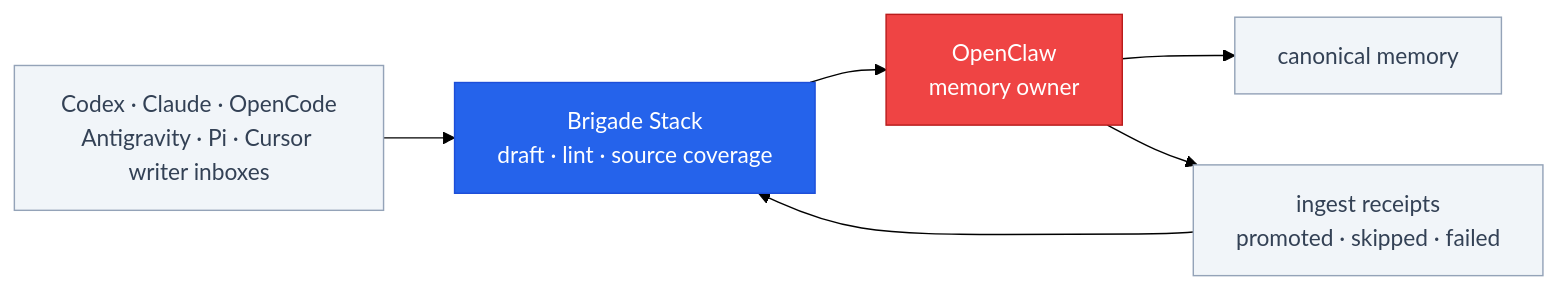
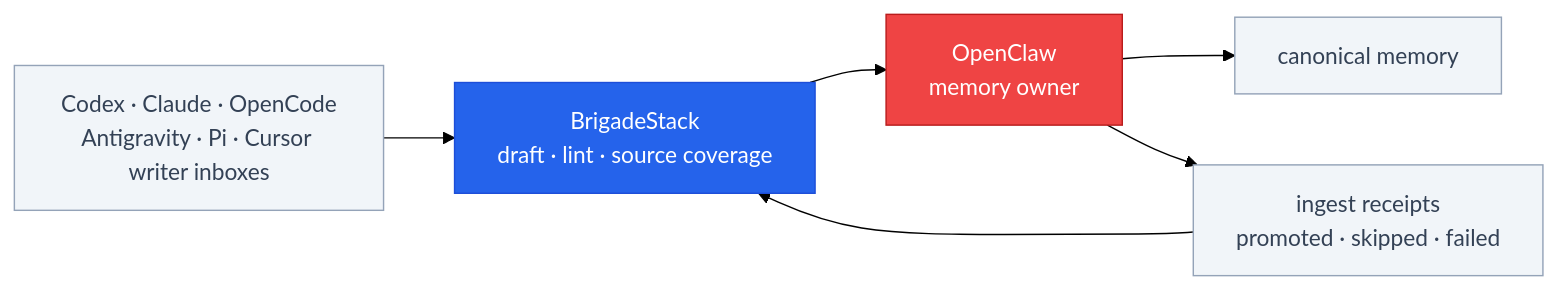
The tenth of 12 diagrams in docs/overview.md (escoffier-labs/brigade), drawn with Mermaid (forest theme) before and after one commit. The commit also changed other lines of this file and 42 other files, not shown here.

First line of the commit message:
docs: use BrigadeStack and refresh repository links

````diff
--- a/docs/overview.md
+++ b/docs/overview.md
@@ -586,18 +586,18 @@
 ```mermaid
 flowchart LR
     WRITERS["Codex · Claude · OpenCode<br/>Antigravity · Pi · Cursor writer inboxes"]
-    BRIGADE["Brigade Stack<br/>draft · lint · source coverage"]
+    BRIGADE["BrigadeStack<br/>draft · lint · source coverage"]
     OPENCLAW["OpenClaw<br/>memory owner"]
     MEMORY["canonical memory"]
     RECEIPTS["ingest receipts<br/>promoted · skipped · failed"]
 
     WRITERS --> BRIGADE --> OPENCLAW --> MEMORY
     OPENCLAW --> RECEIPTS --> BRIGADE
 
     classDef brigade fill:#2563eb,stroke:#1d4ed8,color:#fff;
     classDef owner fill:#ef4444,stroke:#b91c1c,color:#fff;
     classDef local fill:#f1f5f9,stroke:#94a3b8,color:#334155;
     class BRIGADE brigade;
     class OPENCLAW owner;
     class WRITERS,MEMORY,RECEIPTS local;
 ```
````
